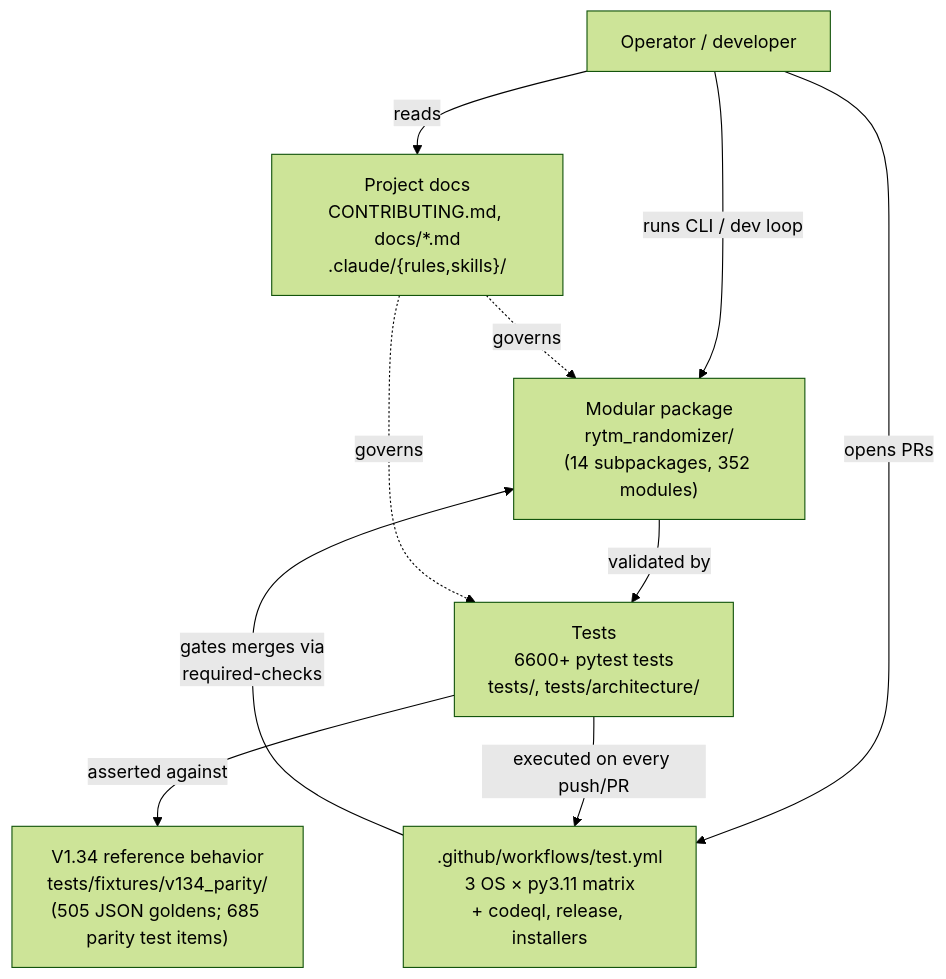
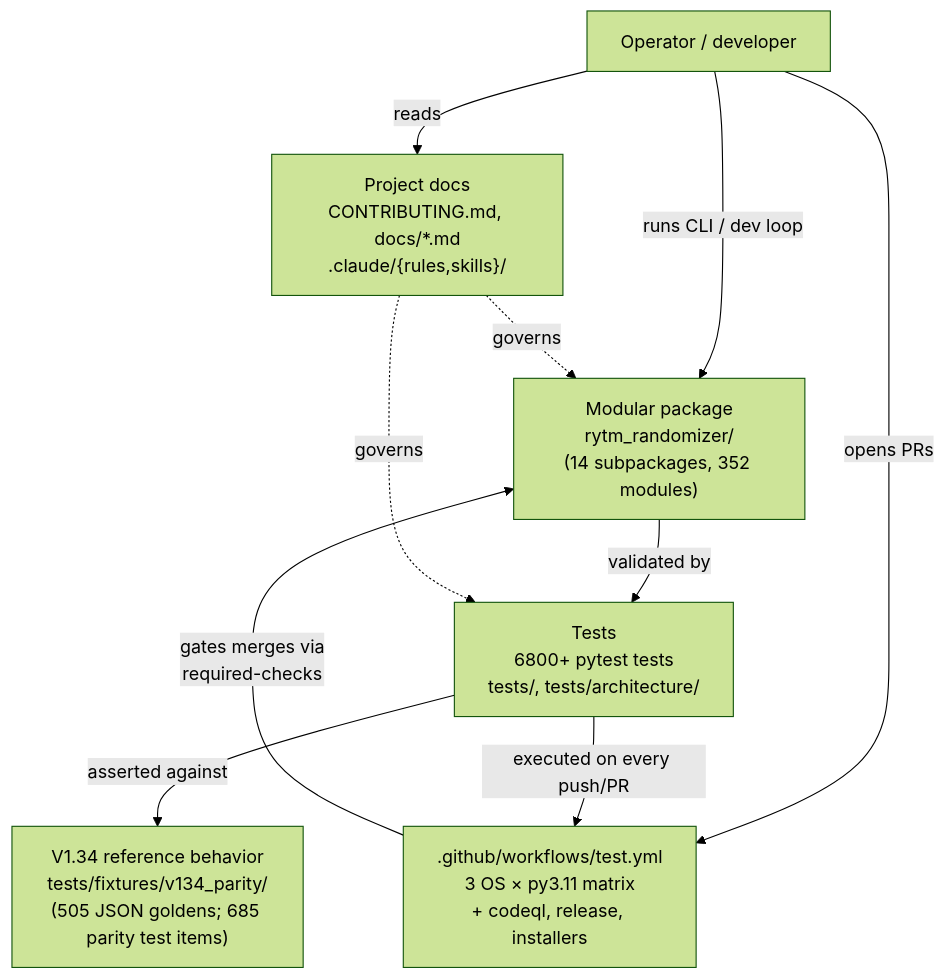
One commit to buzzijose-hub/RytmRandomizer changed the first of 34 diagrams in docs/ARCHITECTURE_DIAGRAMS.md. Above: the diagram before and after it, drawn with Mermaid (forest theme). The commit also changed other lines of this file and 28 other files, not shown here.

````diff
--- a/docs/ARCHITECTURE_DIAGRAMS.md
+++ b/docs/ARCHITECTURE_DIAGRAMS.md
@@ -50,22 +50,22 @@
 ```mermaid
 flowchart TB
     User["Operator / developer"]
     V134["V1.34 reference behavior<br/>tests/fixtures/v134_parity/<br/>(505 JSON goldens; 685 parity test items)"]
     Package["Modular package<br/>rytm_randomizer/<br/>(14 subpackages, 352 modules)"]
-    Tests["Tests<br/>6600+ pytest tests<br/>tests/, tests/architecture/"]
+    Tests["Tests<br/>6800+ pytest tests<br/>tests/, tests/architecture/"]
     CI[".github/workflows/test.yml<br/>3 OS × py3.11 matrix<br/>+ codeql, release, installers"]
     Docs["Project docs<br/>CONTRIBUTING.md, docs/*.md<br/>.claude/{rules,skills}/"]
 
     User -->|"runs CLI / dev loop"| Package
     User -->|"opens PRs"| CI
     User -->|"reads"| Docs
 
     Package -->|"validated by"| Tests
     Tests -->|"asserted against"| V134
     Tests -->|"executed on every push/PR"| CI
 
     CI -->|"gates merges via<br/>required-checks"| Package
 
     Docs -.->|"governs"| Package
     Docs -.->|"governs"| Tests
 ```
````
